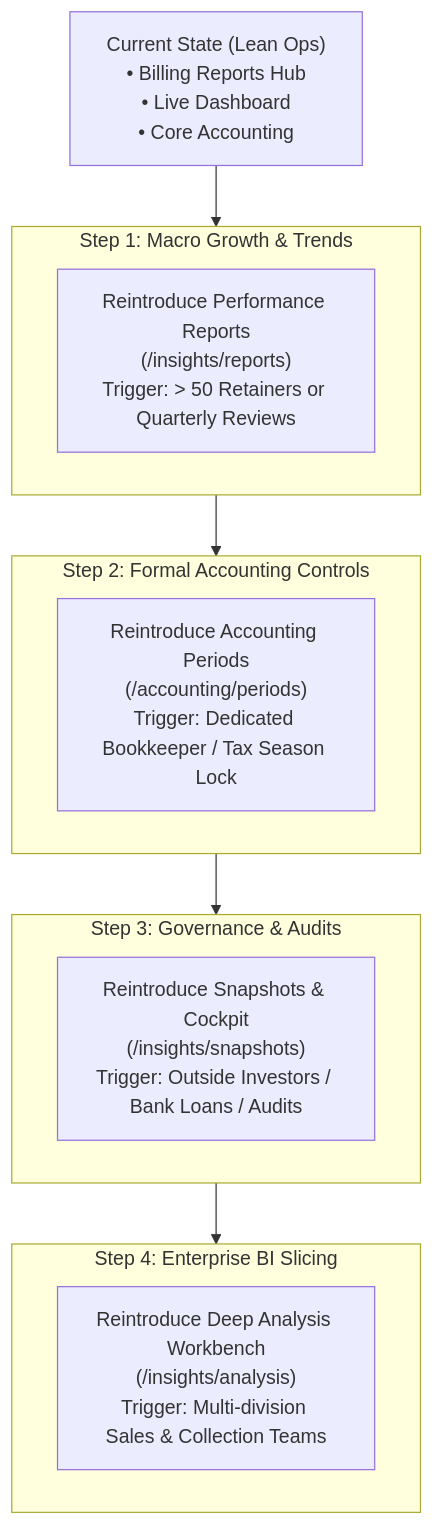
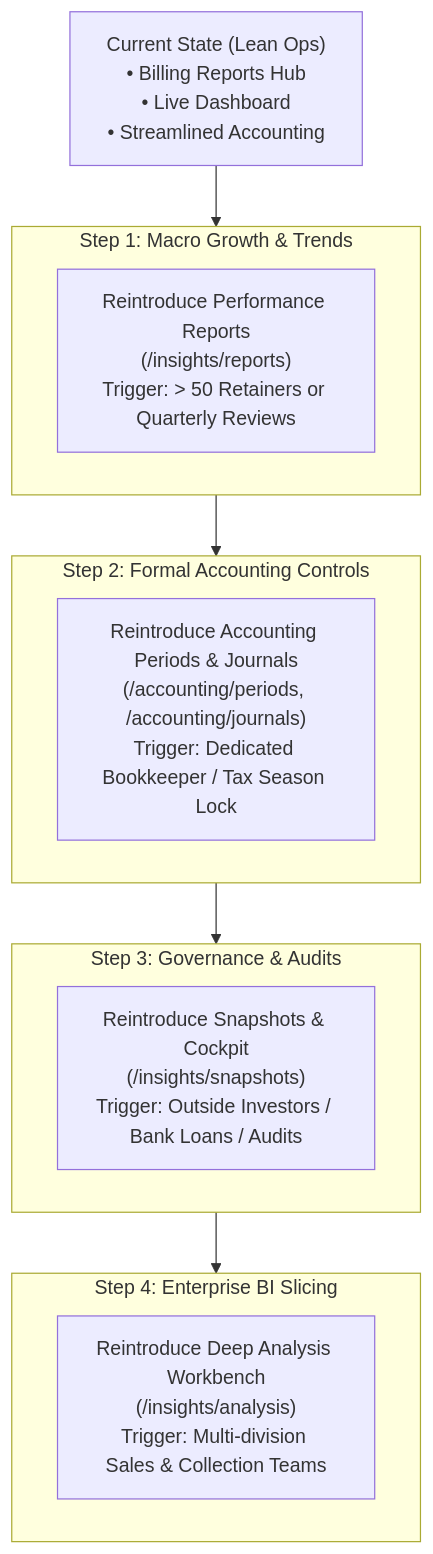
One commit to jchademwiri/pmg-hub changed the diagram in docs/apps/admin/insights/hidden-reports-and-reintroduction-roadmap.md. Above: the diagram before and after it, drawn with Mermaid. The commit also changed other lines of this file and 2 other files, not shown here.

Commit message:
feat(admin): restructure navigation to lean relationships and consolidated workflows

````diff
--- a/docs/apps/admin/insights/hidden-reports-and-reintroduction-roadmap.md
+++ b/docs/apps/admin/insights/hidden-reports-and-reintroduction-roadmap.md
@@ -73,24 +80,24 @@
 ```mermaid
 flowchart TD
-    Current["Current State (Lean Ops)<br/>• Billing Reports Hub<br/>• Live Dashboard<br/>• Core Accounting"] --> Phase1
+    Current["Current State (Lean Ops)<br/>• Billing Reports Hub<br/>• Live Dashboard<br/>• Streamlined Accounting"] --> Phase1
     
     subgraph Phase1["Step 1: Macro Growth & Trends"]
         P1["Reintroduce Performance Reports<br/>(/insights/reports)<br/>Trigger: > 50 Retainers or Quarterly Reviews"]
     end
 
     subgraph Phase2["Step 2: Formal Accounting Controls"]
-        P2["Reintroduce Accounting Periods<br/>(/accounting/periods)<br/>Trigger: Dedicated Bookkeeper / Tax Season Lock"]
+        P2["Reintroduce Accounting Periods & Journals<br/>(/accounting/periods, /accounting/journals)<br/>Trigger: Dedicated Bookkeeper / Tax Season Lock"]
     end
 
     subgraph Phase3["Step 3: Governance & Audits"]
         P3["Reintroduce Snapshots & Cockpit<br/>(/insights/snapshots)<br/>Trigger: Outside Investors / Bank Loans / Audits"]
     end
 
     subgraph Phase4["Step 4: Enterprise BI Slicing"]
         P4["Reintroduce Deep Analysis Workbench<br/>(/insights/analysis)<br/>Trigger: Multi-division Sales & Collection Teams"]
     end
 
     Phase1 --> Phase2
     Phase2 --> Phase3
     Phase3 --> Phase4
 ```
````
